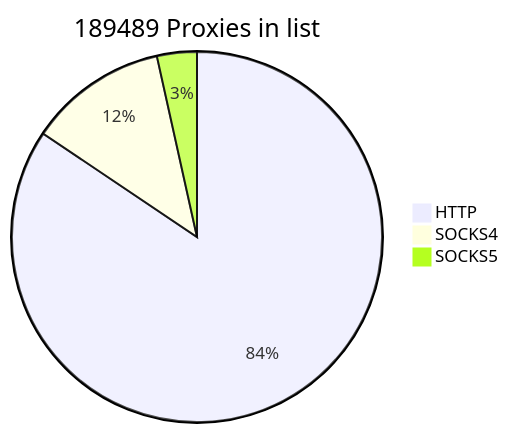
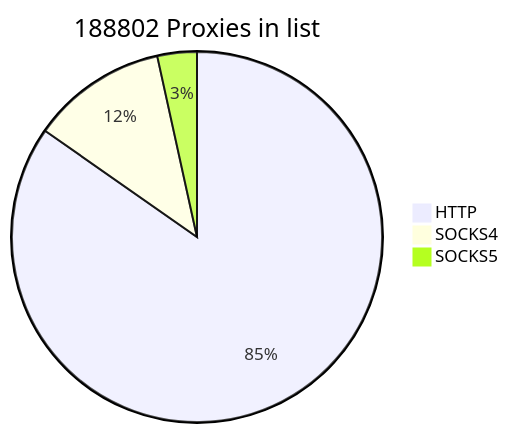
One commit to cutipu/proxylist changed the first of 2 diagrams in README.md. Above: the diagram before and after it, drawn with Mermaid. The commit also changed other lines of this file, not shown here.

````diff
--- a/README.md
+++ b/README.md
@@ -2,7 +2,7 @@
 ```mermaid
-pie title 189489 Proxies in list
-    "HTTP" : 159963
-    "SOCKS4" : 22939
-    "SOCKS5" : 6587
+pie title 188802 Proxies in list
+    "HTTP" : 159943
+    "SOCKS4" : 22355
+    "SOCKS5" : 6504
             
 ```
````
